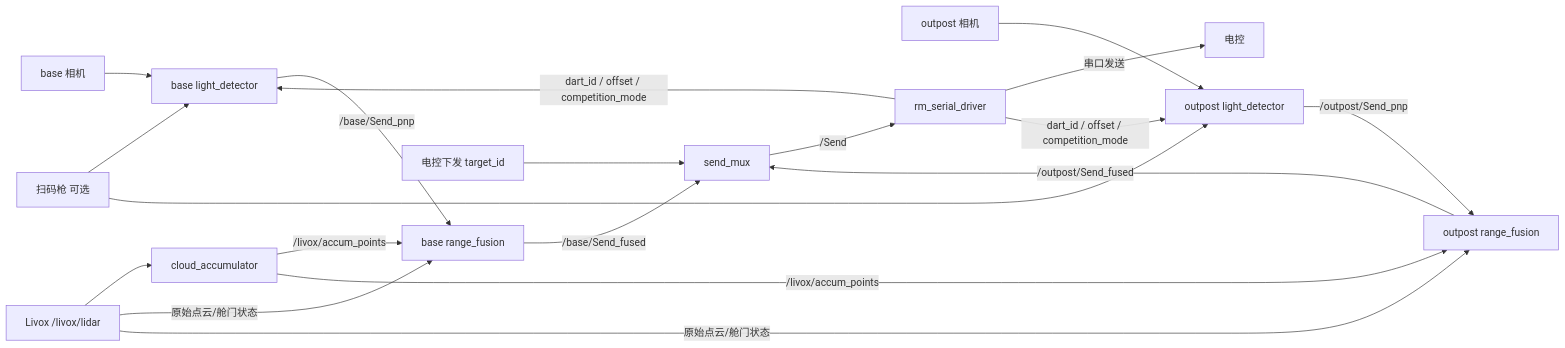
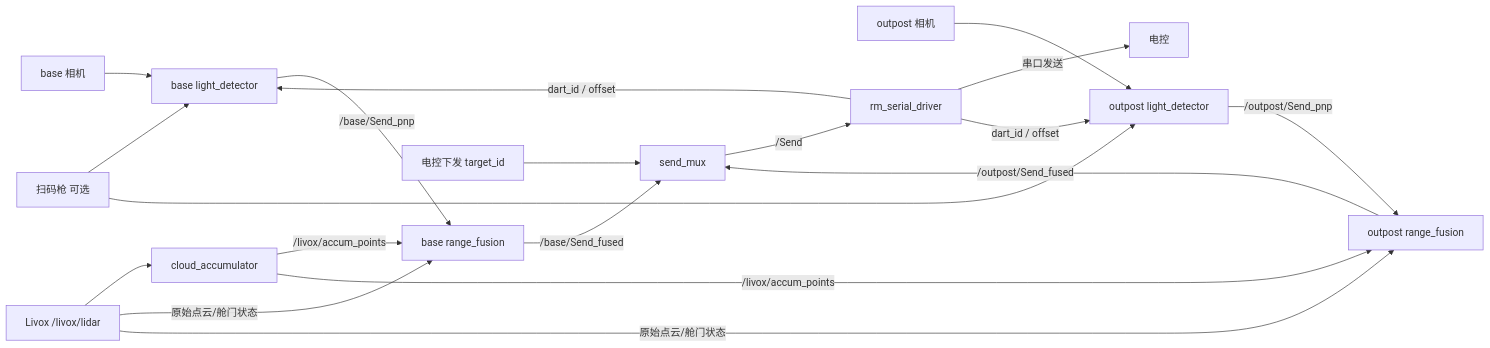
Before and after one commit to blademaster679/rmvision_dart: the diagram in docs/feishu_knowledge_base/02_learning_path_dart.md, drawn with Mermaid. The commit also changed other lines of this file and 9 other files, not shown here.

````diff
--- a/docs/feishu_knowledge_base/02_learning_path_dart.md
+++ b/docs/feishu_knowledge_base/02_learning_path_dart.md
@@ -11,21 +11,21 @@
 ```mermaid
 flowchart LR
     C1[base 相机] --> D1[base light_detector]
     C2[outpost 相机] --> D2[outpost light_detector]
     D1 -->|/base/Send_pnp| F1[base range_fusion]
     D2 -->|/outpost/Send_pnp| F2[outpost range_fusion]
     L[Livox /livox/lidar] --> A[cloud_accumulator]
     A -->|/livox/accum_points| F1
     A -->|/livox/accum_points| F2
     L -->|原始点云/舱门状态| F1
     L -->|原始点云/舱门状态| F2
     F1 -->|/base/Send_fused| M[send_mux]
     F2 -->|/outpost/Send_fused| M
     E[电控下发 target_id] --> M
     M -->|/Send| S[rm_serial_driver]
     S -->|串口发送| MCU[电控]
-    S -->|dart_id / offset / competition_mode| D1
-    S -->|dart_id / offset / competition_mode| D2
+    S -->|dart_id / offset| D1
+    S -->|dart_id / offset| D2
     B[扫码枪 可选] --> D1
     B --> D2
 ```
````
